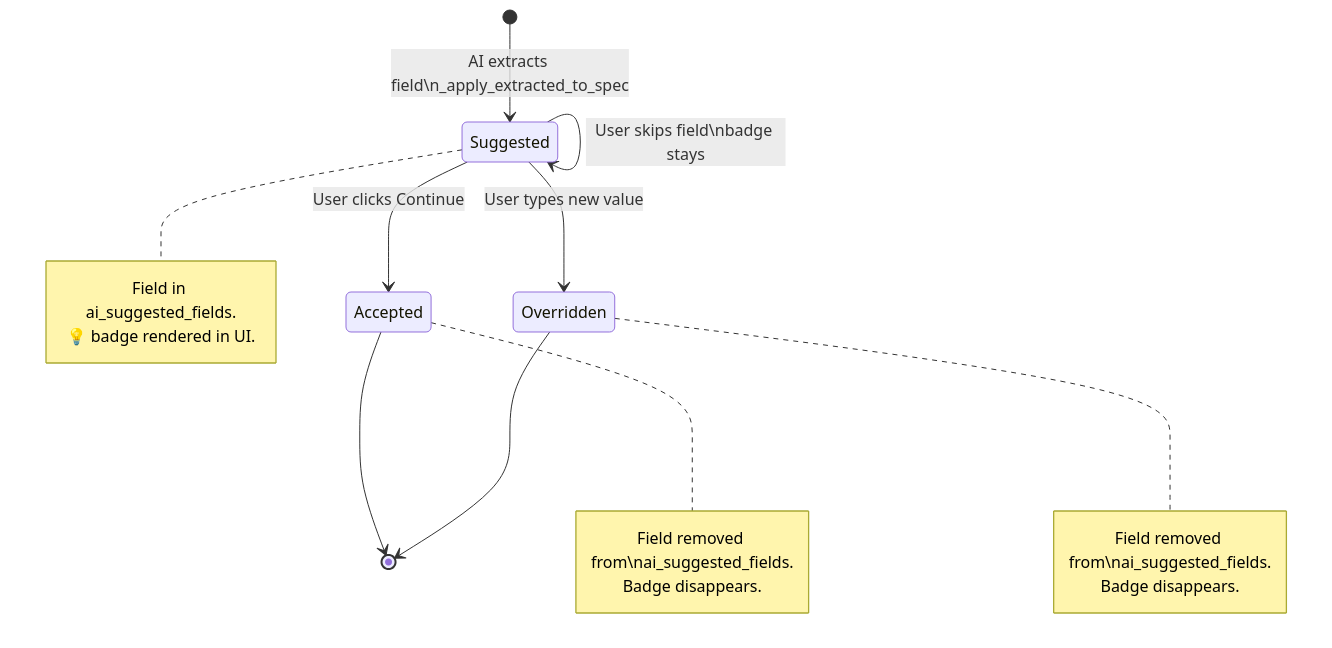
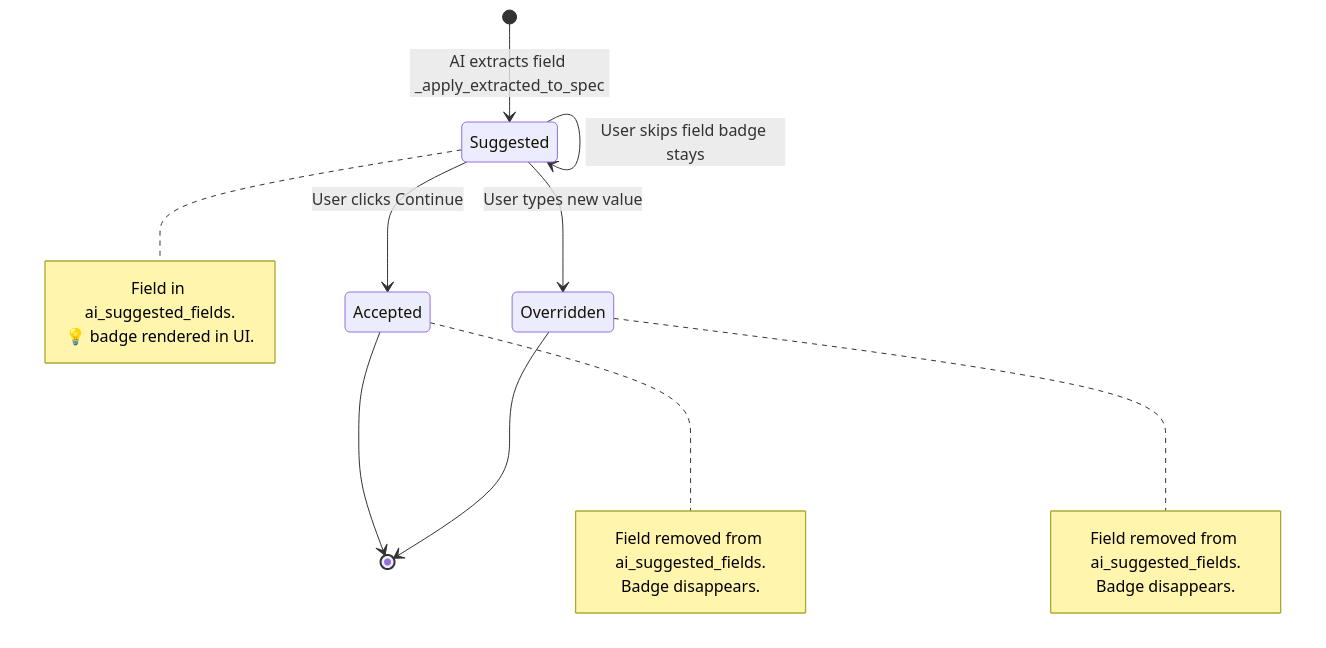
One commit to vm799/data-product-concierge changed the fourth of 5 diagrams in README.md. Above: the diagram before and after it, drawn with Mermaid. The commit also changed other lines of this file and 1 other file, not shown here.

````diff
--- a/README.md
+++ b/README.md
@@ -609,24 +609,24 @@
 ```mermaid
 stateDiagram-v2
-    [*] --> Suggested : AI extracts field\n_apply_extracted_to_spec
+    [*] --> Suggested : AI extracts field _apply_extracted_to_spec
 
     Suggested --> Accepted : User clicks Continue
     Suggested --> Overridden : User types new value
-    Suggested --> Suggested : User skips field\nbadge stays
+    Suggested --> Suggested : User skips field badge stays
 
     Accepted --> [*]
     Overridden --> [*]
 
     note right of Suggested
         Field in ai_suggested_fields.
         💡 badge rendered in UI.
     end note
     note right of Accepted
-        Field removed from\nai_suggested_fields.
+        Field removed from ai_suggested_fields.
         Badge disappears.
     end note
     note right of Overridden
-        Field removed from\nai_suggested_fields.
+        Field removed from ai_suggested_fields.
         Badge disappears.
     end note
 ```
````
